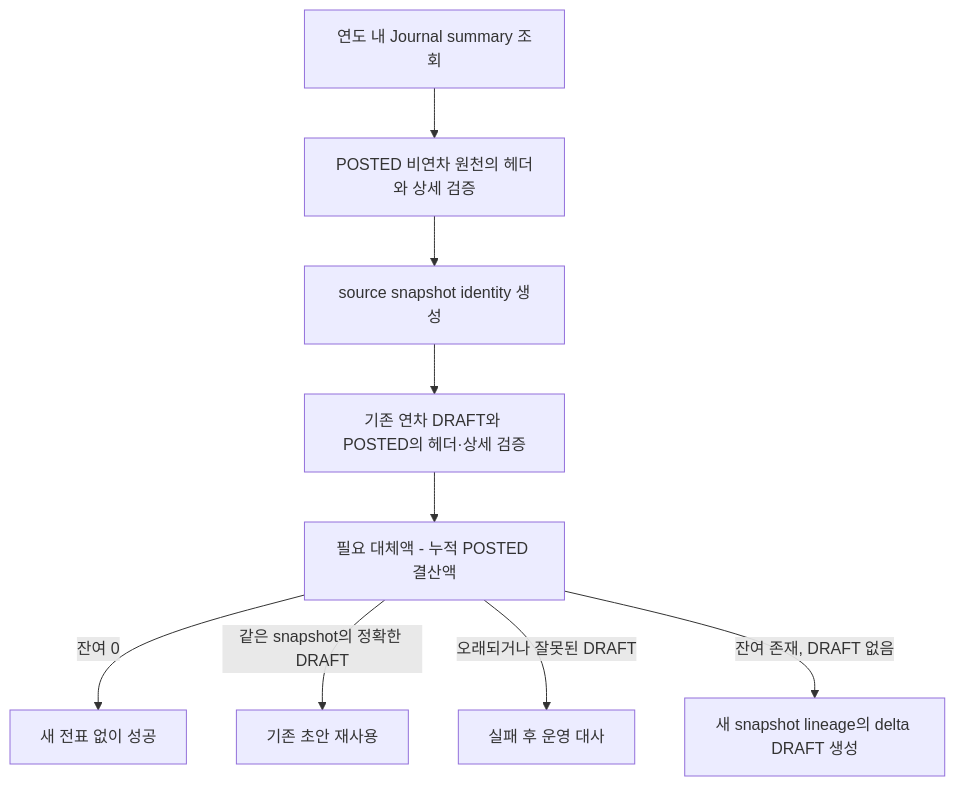
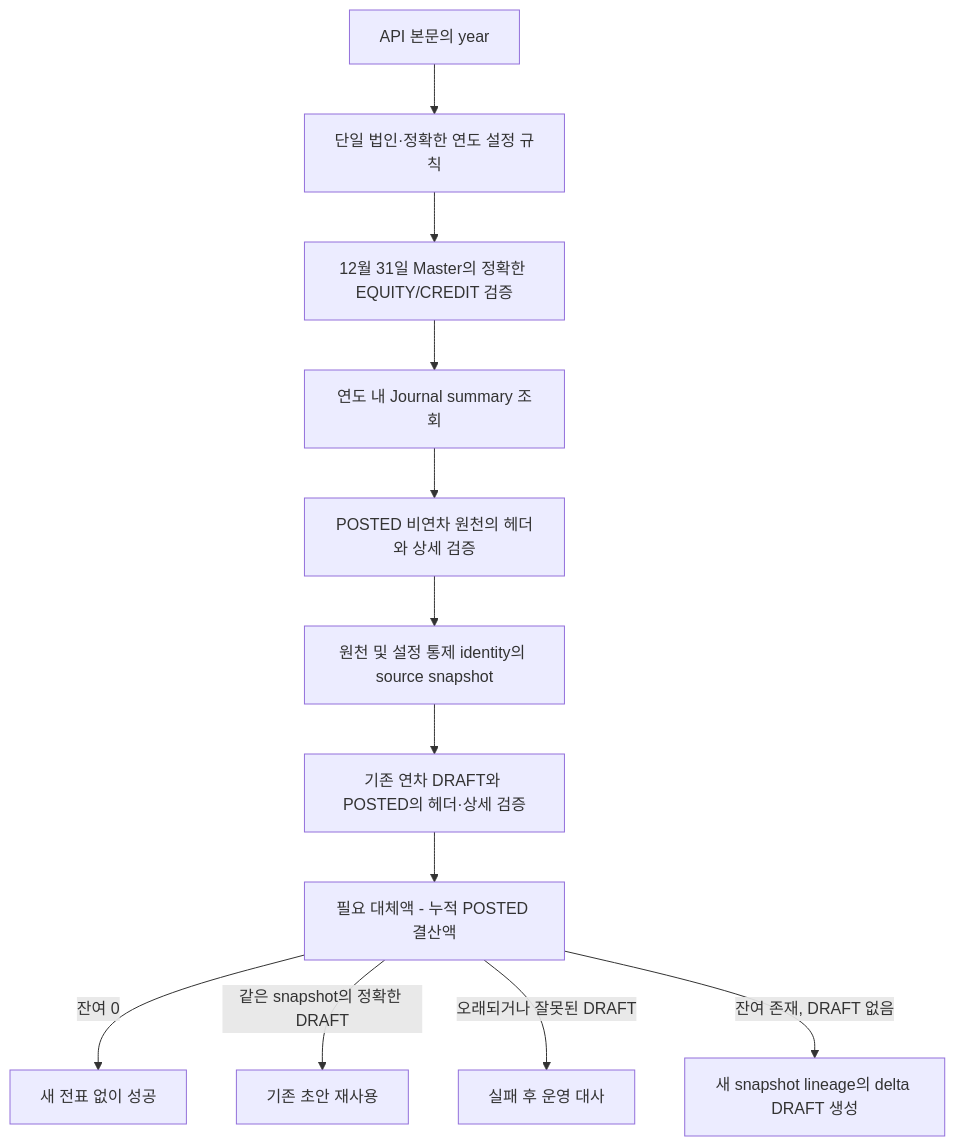
Before and after one commit to skyg547/account: the seventh of 7 diagrams in closing/docs/process-flow.md, drawn with Mermaid. The commit also changed other lines of this file and 20 other files, not shown here.

````diff
--- a/closing/docs/process-flow.md
+++ b/closing/docs/process-flow.md
@@ -421,11 +424,14 @@
 ```mermaid
 flowchart TD
-    A[연도 내 Journal summary 조회] --> B[POSTED 비연차 원천의 헤더와 상세 검증]
-    B --> C[source snapshot identity 생성]
-    C --> D[기존 연차 DRAFT와 POSTED의 헤더·상세 검증]
-    D --> E[필요 대체액 - 누적 POSTED 결산액]
-    E -->|잔여 0| F[새 전표 없이 성공]
-    E -->|같은 snapshot의 정확한 DRAFT| G[기존 초안 재사용]
-    E -->|오래되거나 잘못된 DRAFT| H[실패 후 운영 대사]
-    E -->|잔여 존재, DRAFT 없음| I[새 snapshot lineage의 delta DRAFT 생성]
+    A[API 본문의 year] --> B[단일 법인·정확한 연도 설정 규칙]
+    B --> C[12월 31일 Master의 정확한 EQUITY/CREDIT 검증]
+    C --> D[연도 내 Journal summary 조회]
+    D --> E[POSTED 비연차 원천의 헤더와 상세 검증]
+    E --> F[원천 및 설정 통제 identity의 source snapshot]
+    F --> G[기존 연차 DRAFT와 POSTED의 헤더·상세 검증]
+    G --> H[필요 대체액 - 누적 POSTED 결산액]
+    H -->|잔여 0| I[새 전표 없이 성공]
+    H -->|같은 snapshot의 정확한 DRAFT| J[기존 초안 재사용]
+    H -->|오래되거나 잘못된 DRAFT| K[실패 후 운영 대사]
+    H -->|잔여 존재, DRAFT 없음| L[새 snapshot lineage의 delta DRAFT 생성]
 ```
````
